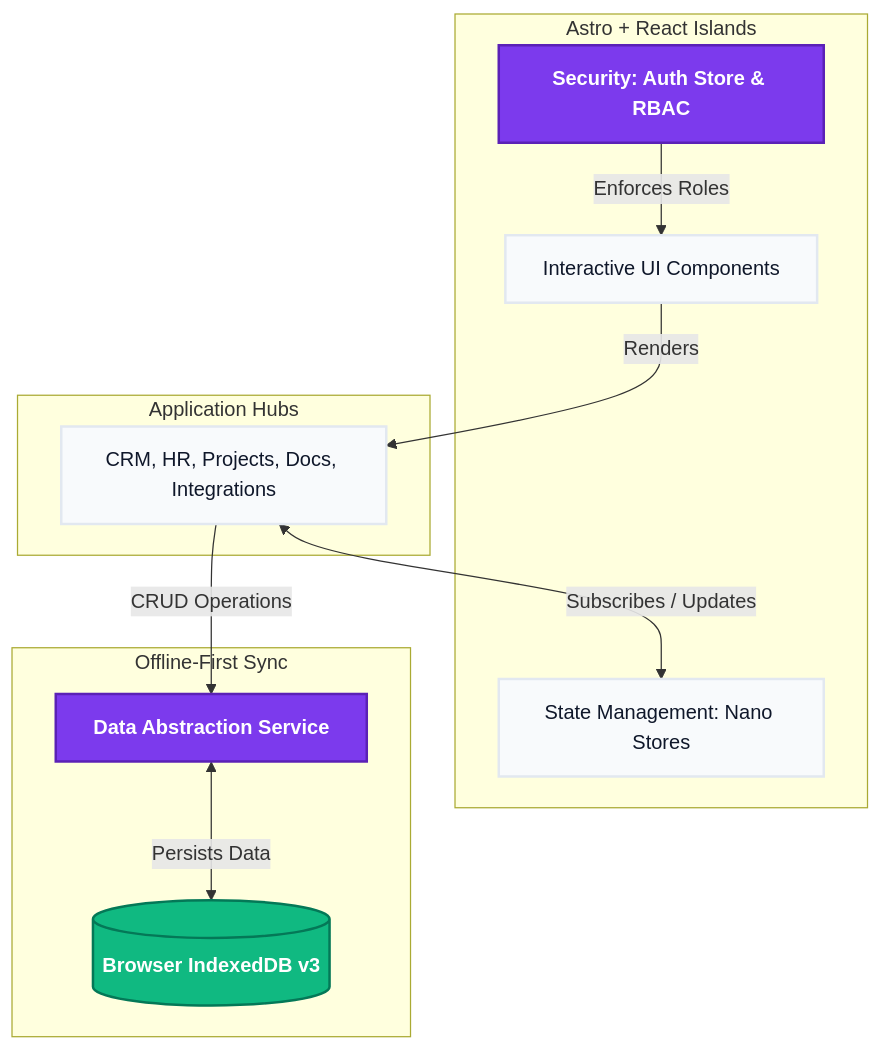
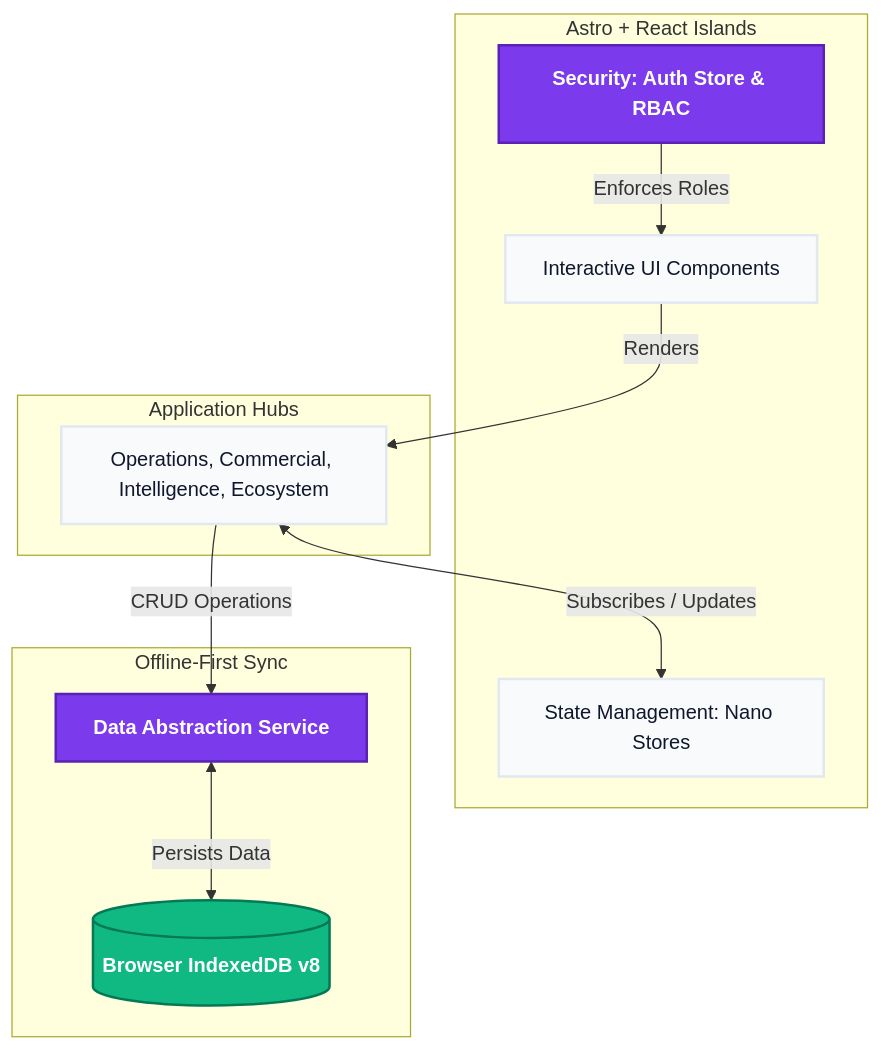
One commit to pranesh-fortumars/BPA-2 changed the diagram in README.md. Above: the diagram before and after it, drawn with Mermaid. The commit also changed other lines of this file, not shown here.

Commit message:
docs: overhaul README with comprehensive phase 5 architecture and features

````diff
--- a/README.md
+++ b/README.md
@@ -24,29 +66,29 @@
 ```mermaid
 graph TD
     %% Styling
     classDef primary fill:#7c3aed,stroke:#5b21b6,stroke-width:2px,color:#fff,font-weight:bold;
     classDef secondary fill:#f8fafc,stroke:#e2e8f0,stroke-width:2px,color:#0f172a;
     classDef database fill:#10b981,stroke:#047857,stroke-width:2px,color:#fff,font-weight:bold;
 
     subgraph CoreSystem [Astro + React Islands]
         Auth[Security: Auth Store & RBAC]:::primary
         UI[Interactive UI Components]:::secondary
         Store[State Management: Nano Stores]:::secondary
     end
 
     subgraph AppHubs [Application Hubs]
-        Hubs[CRM, HR, Projects, Docs, Integrations]:::secondary
+        Hubs[Operations, Commercial, Intelligence, Ecosystem]:::secondary
     end
 
     subgraph PersistenceLayer [Offline-First Sync]
         DataService[Data Abstraction Service]:::primary
-        IndexedDB[(Browser IndexedDB v3)]:::database
+        IndexedDB[(Browser IndexedDB v8)]:::database
     end
 
     %% Data Flow
     Auth --> |Enforces Roles| UI
     UI --> |Renders| Hubs
     Hubs <--> |Subscribes / Updates| Store
     Hubs --> |CRUD Operations| DataService
     DataService <--> |Persists Data| IndexedDB
 ```
````
